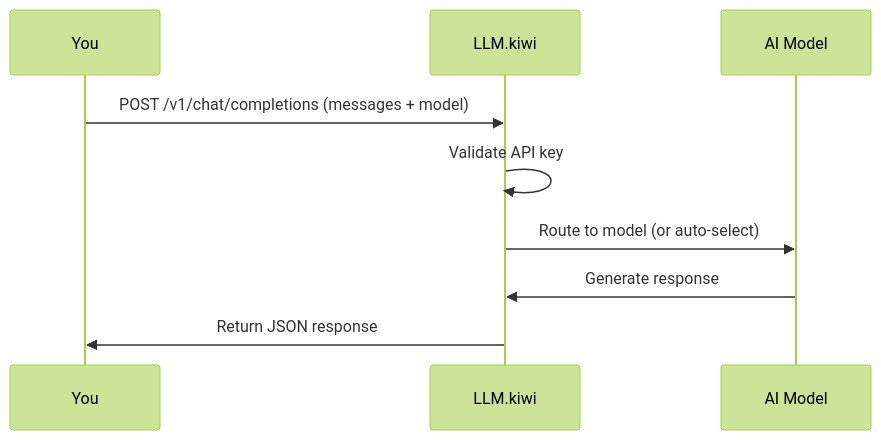
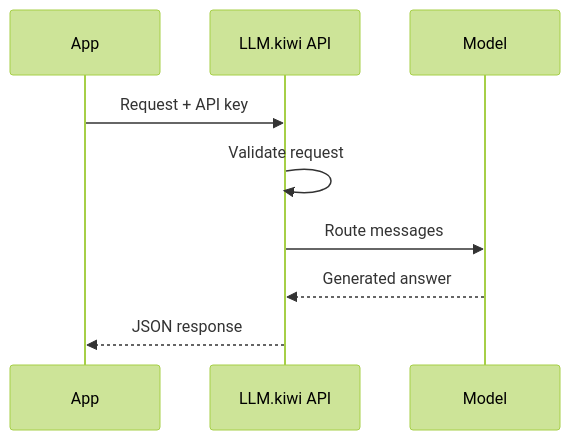
One commit to LLM-kiwi/llm-kiwi-docs changed the diagram in concepts.mdx. Above: the diagram before and after it, drawn with Mermaid (forest theme). The commit also changed other lines of this file and 11 other files, not shown here.

````diff
--- a/concepts.mdx
+++ b/concepts.mdx
@@ -145,12 +176,11 @@
 ```mermaid
 sequenceDiagram
-    participant You
-    participant LLM.kiwi
-    participant AI Model
-
-    You->>LLM.kiwi: POST /v1/chat/completions (messages + model)
-    LLM.kiwi->>LLM.kiwi: Validate API key
-    LLM.kiwi->>AI Model: Route to model (or auto-select)
-    AI Model->>LLM.kiwi: Generate response
-    LLM.kiwi->>You: Return JSON response
+    participant App
+    participant API as LLM.kiwi API
+    participant Model
+    App->>API: Request + API key
+    API->>API: Validate request
+    API->>Model: Route messages
+    Model-->>API: Generated answer
+    API-->>App: JSON response
 ```
````
